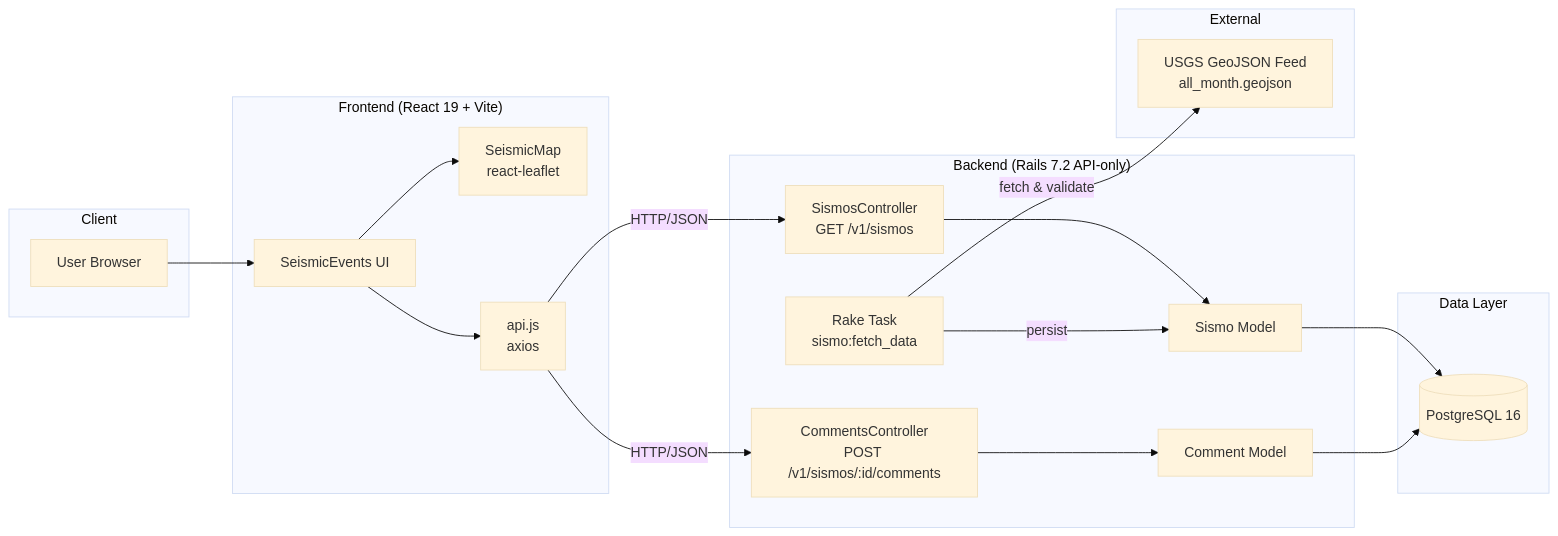
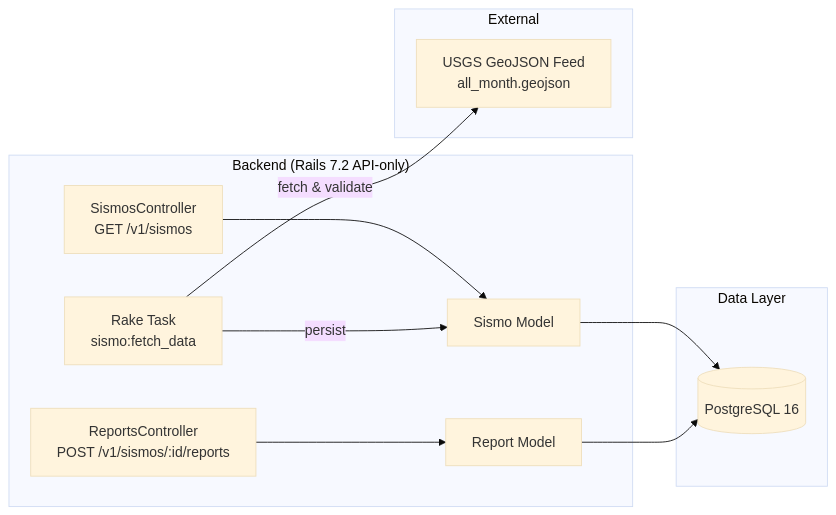
The diagram in README.md (Euler-B/retoTecnicoFrogmi), drawn with Mermaid (base theme) before and after one commit. The commit also changed other lines of this file and 111 other files, not shown here.

Commit message:
ref: remove frontend directory and migrate comment functionality to report-based tracking system

````diff
--- a/README.md
+++ b/README.md
@@ -11,40 +11,25 @@
 ```mermaid
 flowchart LR
-    subgraph Client
-        U[User Browser]
-    end
-
-    subgraph Frontend["Frontend (React 19 + Vite)"]
-        UI[SeismicEvents UI]
-        MAP[SeismicMap<br/>react-leaflet]
-        SVC[api.js<br/>axios]
-    end
-
     subgraph Backend["Backend (Rails 7.2 API-only)"]
         RC[SismosController<br/>GET /v1/sismos]
-        CC[CommentsController<br/>POST /v1/sismos/:id/comments]
+        ReportsController[ReportsController<br/>POST /v1/sismos/:id/reports]
         SM[Sismo Model]
-        CM[Comment Model]
+        RM[Report Model]
         RT[Rake Task<br/>sismo:fetch_data]
     end
 
     subgraph Data["Data Layer"]
         PG[(PostgreSQL 16)]
     end
 
     subgraph External["External"]
         USGS[USGS GeoJSON Feed<br/>all_month.geojson]
     end
 
-    U --> UI
-    UI --> MAP
-    UI --> SVC
-    SVC -->|HTTP/JSON| RC
-    SVC -->|HTTP/JSON| CC
     RC --> SM
-    CC --> CM
+    ReportsController --> RM
     SM --> PG
-    CM --> PG
+    RM --> PG
     RT -->|fetch & validate| USGS
     RT -->|persist| SM
 ```
````
